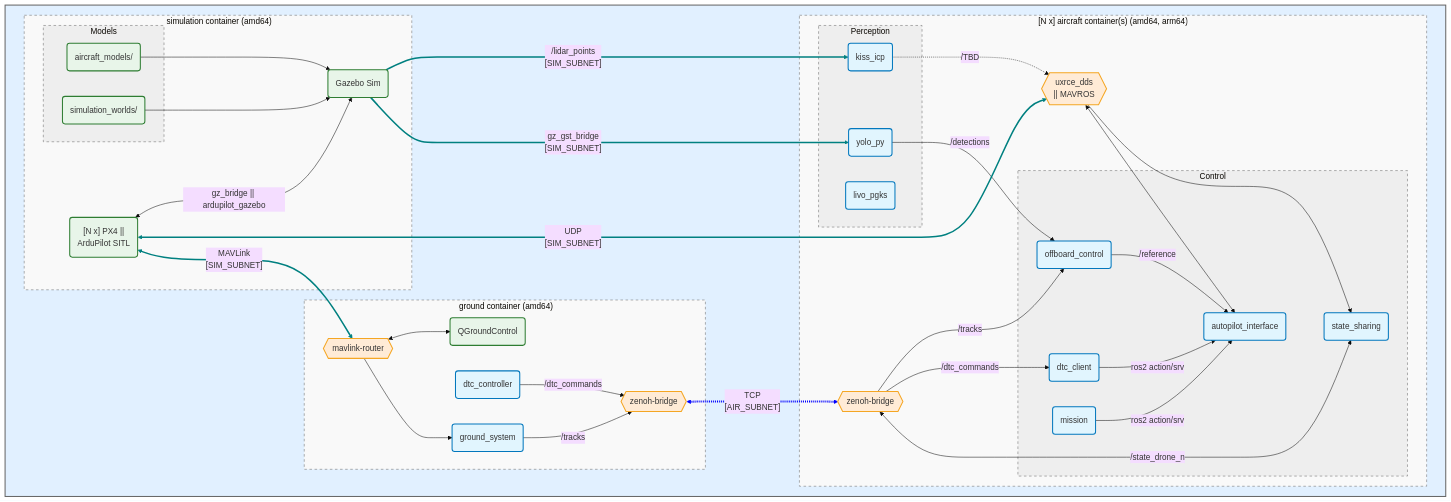
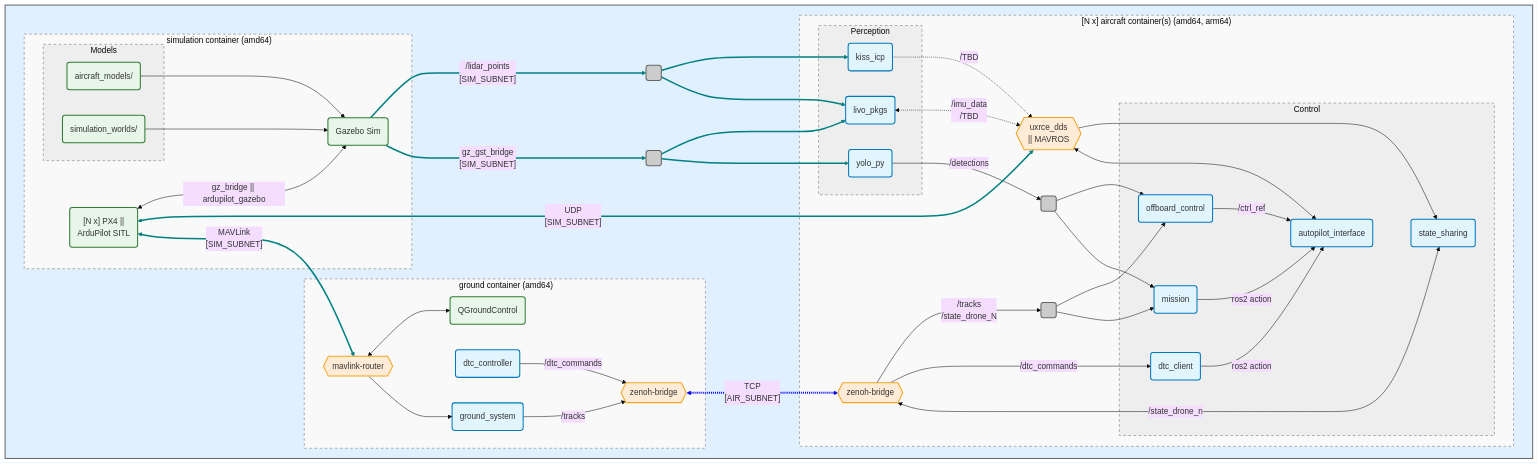
The diagram in README.md (LcYun53188/aerial-autonomy-stack), drawn with Mermaid before and after one commit. The commit also changed other lines of this file and 2 other files, not shown here.

Commit message:
added missing locks

````diff
--- a/README.md
+++ b/README.md
@@ -358,7 +358,7 @@
             subgraph perception [Perception]
                 yolo_py(yolo_py):::algo
                 kiss_icp(kiss_icp):::algo
-                livo_pkgs(livo_pgks):::algo
+                livo_pkgs(livo_pkgs):::algo
             end
             zenoh_air{{zenoh-bridge}}:::bridge
             subgraph control [Control]
@@ -368,25 +368,37 @@
                 autopilot_interface(autopilot_interface):::algo
                 state_sharing(state_sharing):::algo
             end
+            detection_split( ):::splitNode
+            track_split( ):::splitNode
+
             ap_link{{"uxrce_dds <br/> || MAVROS"}}:::bridge
-
             kiss_icp -.-> |"/TBD"| ap_link
-            zenoh_air --> |"/tracks"| offboard_control
+            livo_pkgs <-.-> |"/imu_data <br/> /TBD"| ap_link
+            zenoh_air --> |"/tracks <br/> /state_drone_N"| track_split
+            track_split --> offboard_control
+            track_split --> mission
             zenoh_air --> |"/dtc_commands"| dtc_client
             ap_link --> state_sharing
             ap_link <--> autopilot_interface
-            yolo_py --> |"/detections"| offboard_control
-            offboard_control --> |"/reference"| autopilot_interface
-            mission --> |"ros2 action/srv"| autopilot_interface
-            dtc_client --> |"ros2 action/srv"| autopilot_interface
+            yolo_py --> |"/detections"| detection_split
+            detection_split --> offboard_control
+            detection_split --> mission
+            offboard_control --> |"/ctrl_ref"| autopilot_interface
+            mission --> |"ros2 action"| autopilot_interface
+            dtc_client --> |"ros2 action"| autopilot_interface
             zenoh_air <--> |"/state_drone_n"| state_sharing
             autopilot_interface ~~~ state_sharing
         end
-
+        lidar_split( ):::splitNode
+        camera_split( ):::splitNode
     end
 
-    gz --> |"/lidar_points <br/> [SIM_SUBNET]"| kiss_icp
-    gz --> |"gz_gst_bridge <br/> [SIM_SUBNET]"| yolo_py
+    gz --> |"/lidar_points <br/> [SIM_SUBNET]"| lidar_split
+    lidar_split --> kiss_icp
+    lidar_split --> livo_pkgs
+    gz --> |"gz_gst_bridge <br/> [SIM_SUBNET]"| camera_split
+    camera_split --> livo_pkgs
+    camera_split -->  yolo_py
     sitl <--> |"UDP <br/> [SIM_SUBNET]"| ap_link
     sitl <--> |"MAVLink <br/> [SIM_SUBNET]"| mlrouter 
     zenoh_gnd <-.-> |"TCP <br/> [AIR_SUBNET]"| zenoh_air
@@ -394,8 +406,9 @@
     classDef bridge fill:#ffebd6,stroke:#f5a623,stroke-width:2px;
     classDef algo fill:#e1f5fe,stroke:#0277bd,stroke-width:2px;
     classDef resource fill:#e8f5e9,stroke:#2e7d32,stroke-width:2px;
+    classDef splitNode fill:#cccccc,stroke:#666666,stroke-width:2px;
     classDef blueStyle  fill:#e1f0ff,stroke:#666,stroke-width:2px; class aas blueStyle;
     classDef whiteStyle fill:#f9f9f9,stroke:#666,stroke-width:1px,stroke-dasharray: 5 5; class air,gnd,sim whiteStyle;
     classDef greyStyle  fill:#eeeeee,stroke:#666,stroke-width:1px,stroke-dasharray: 5 5; class perception,control,models greyStyle;
-    linkStyle 18,19,20,21 stroke:teal,stroke-width:3px; linkStyle 22 stroke:blue,stroke-width:4px;
+    linkStyle 23,24,25,26,27,28,29,30 stroke:teal,stroke-width:3px; linkStyle 31 stroke:blue,stroke-width:4px;
 ```
````
